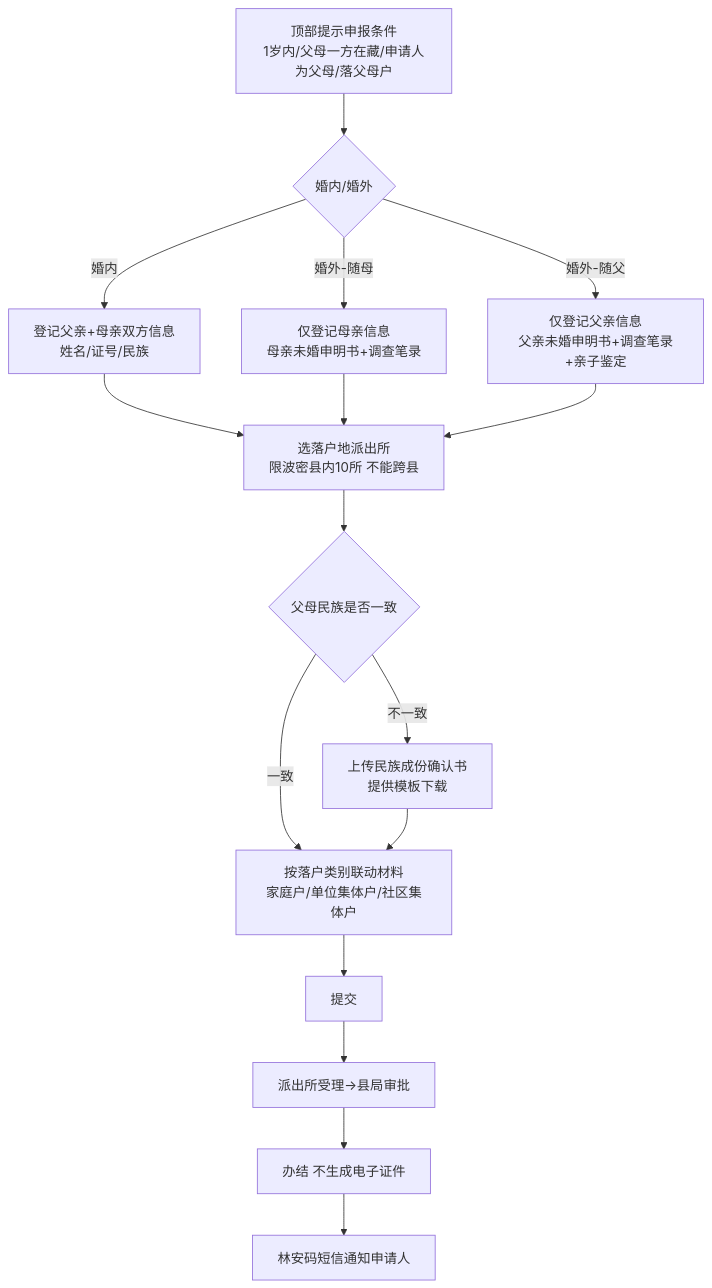
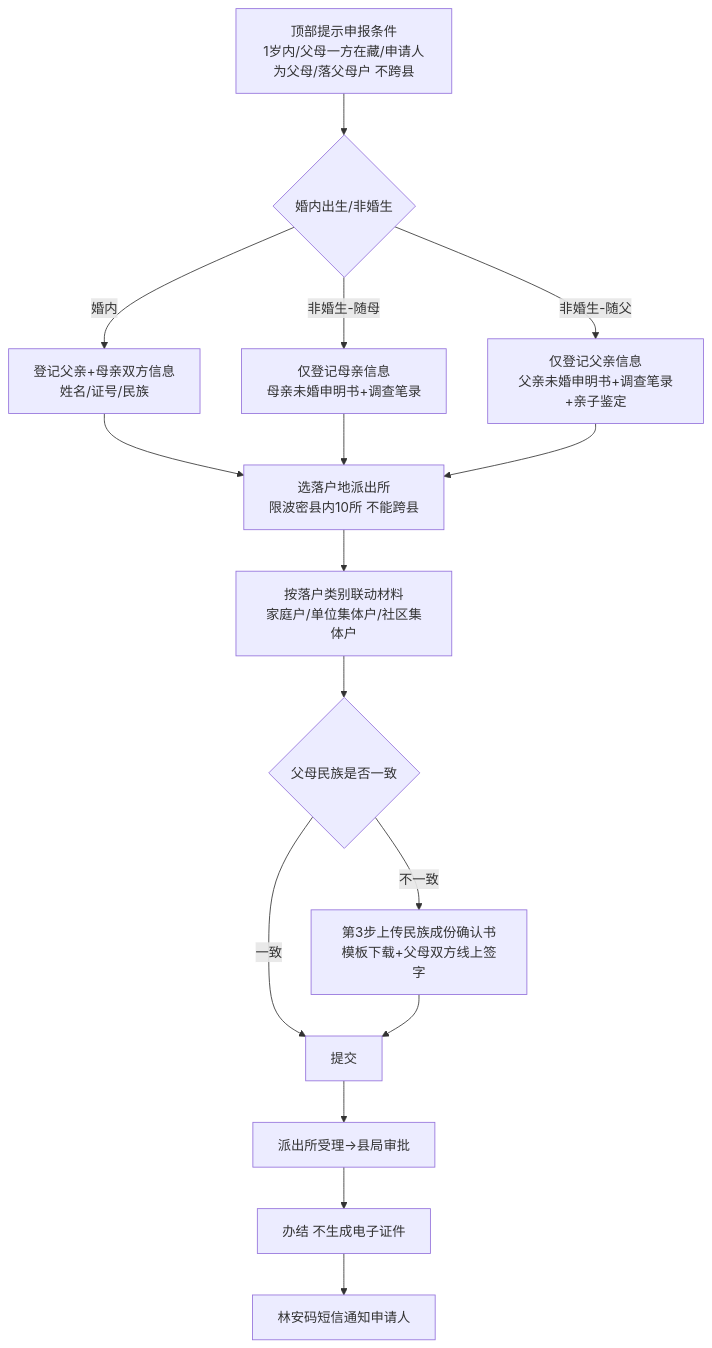
One commit to ikid-zhang/linzhi-miniprogram-prototype changed the second of 9 diagrams in 户政业务功能说明.md. Above: the diagram before and after it, drawn with Mermaid. The commit also changed other lines of this file and 3 other files, not shown here.

````diff
--- a/户政业务功能说明.md
+++ b/户政业务功能说明.md
@@ -326,17 +357,18 @@
 ```mermaid
 flowchart TD
-    P0[顶部提示申报条件<br/>1岁内/父母一方在藏/申请人为父母/落父母户] --> P1{婚内/婚外}
+    P0[顶部提示申报条件<br/>1岁内/父母一方在藏/申请人为父母/落父母户 不跨县] --> P1{婚内出生/非婚生}
     P1 -->|婚内| P2A[登记父亲+母亲双方信息<br/>姓名/证号/民族]
-    P1 -->|婚外-随母| P2B[仅登记母亲信息<br/>母亲未婚申明书+调查笔录]
-    P1 -->|婚外-随父| P2C[仅登记父亲信息<br/>父亲未婚申明书+调查笔录+亲子鉴定]
+    P1 -->|非婚生-随母| P2B[仅登记母亲信息<br/>母亲未婚申明书+调查笔录]
+    P1 -->|非婚生-随父| P2C[仅登记父亲信息<br/>父亲未婚申明书+调查笔录+亲子鉴定]
     P2A --> P3[选落户地派出所<br/>限波密县内10所 不能跨县]
     P2B --> P3
     P2C --> P3
-    P3 --> P4{父母民族是否一致}
-    P4 -->|不一致| P5[上传民族成份确认书<br/>提供模板下载]
-    P4 -->|一致| P6[按落户类别联动材料<br/>家庭户/单位集体户/社区集体户]
-    P5 --> P6
-    P6 --> SUB[提交] --> AUD[派出所受理→县局审批]
+    P3 --> P6[按落户类别联动材料<br/>家庭户/单位集体户/社区集体户]
+    P6 --> P7{父母民族是否一致}
+    P7 -->|不一致| P8[第3步上传民族成份确认书<br/>模板下载+父母双方线上签字]
+    P7 -->|一致| SUB[提交]
+    P8 --> SUB
+    SUB --> AUD[派出所受理→县局审批]
     AUD --> DONE[办结 不生成电子证件]
     DONE --> SMS[林安码短信通知申请人]
 ```
````
